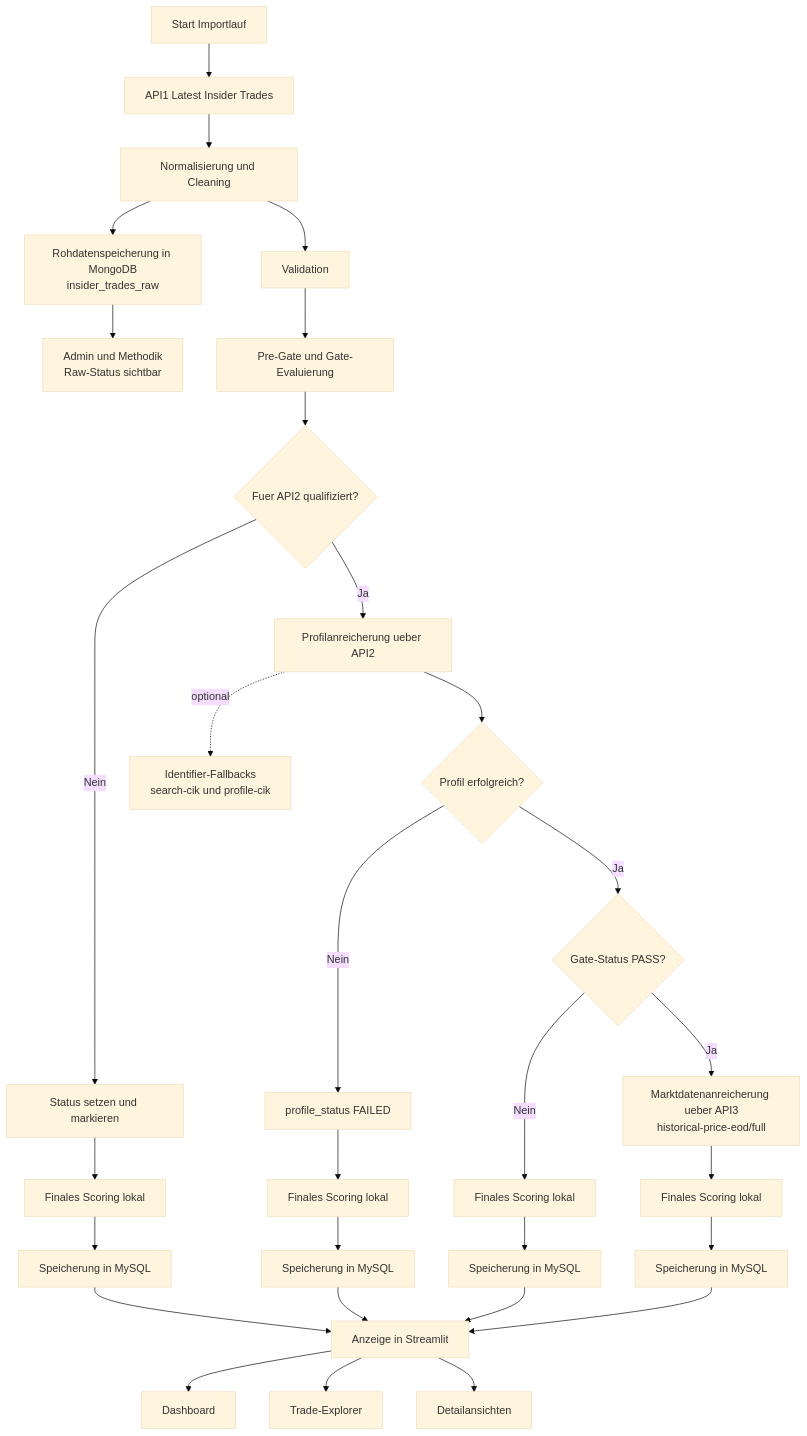
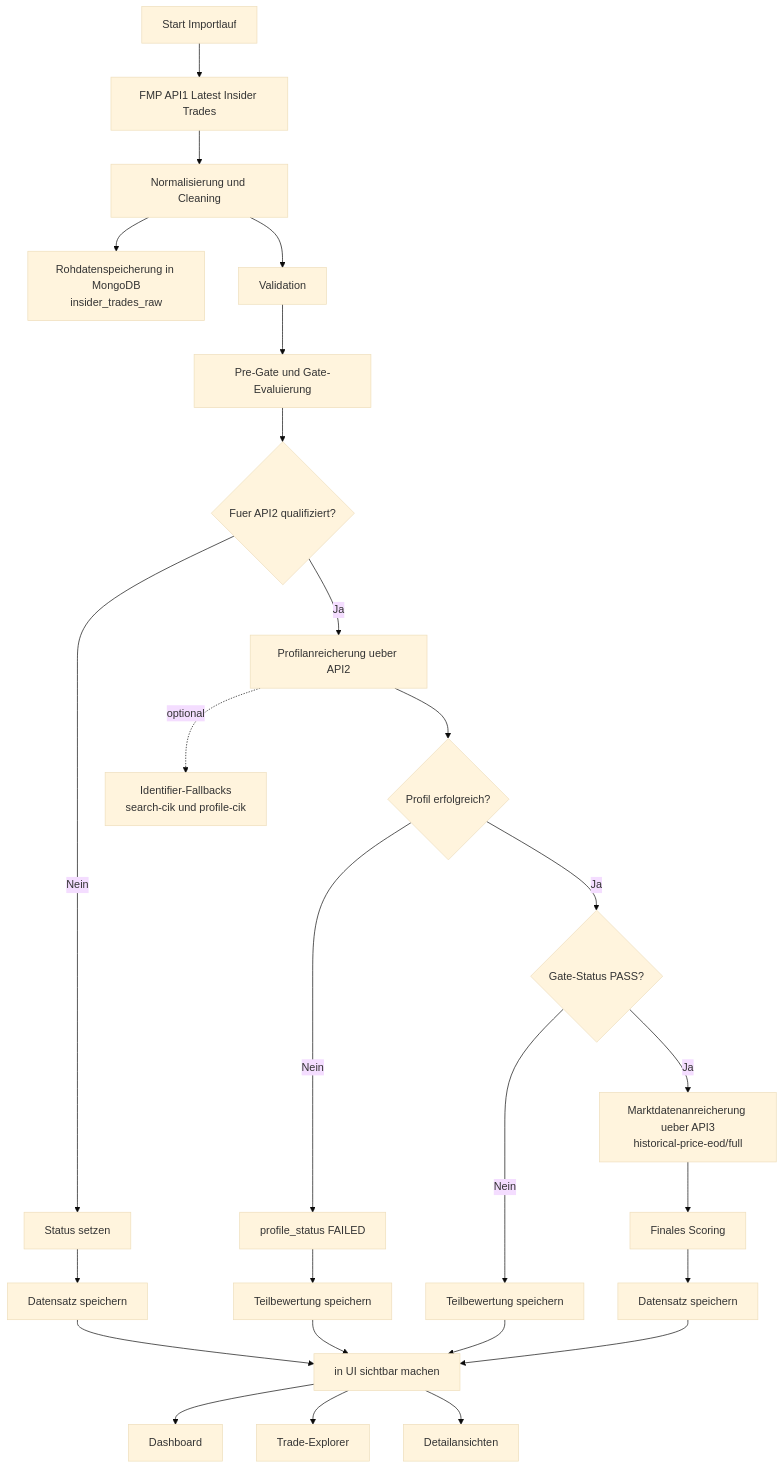
One commit to JoFitTech/mercator changed the diagram in docs/report_assets/diagrams/mercator_pipeline.mmd. Above: the diagram before and after it, drawn with Mermaid (base theme). The commit also changed other lines of this file and 3 other files, not shown here.

Commit message:
Mermaid update v1

```diff
--- a/docs/report_assets/diagrams/mercator_pipeline.mmd
+++ b/docs/report_assets/diagrams/mercator_pipeline.mmd
@@ -1,39 +1,34 @@
 flowchart TB
-    START[Start Importlauf] --> API1[API1 Latest Insider Trades]
+    START[Start Importlauf] --> API1[FMP API1 Latest Insider Trades]
     API1 --> NORM[Normalisierung und Cleaning]
     NORM --> RAW[Rohdatenspeicherung in MongoDB<br/>insider_trades_raw]
     NORM --> VAL[Validation]
     VAL --> PRE[Pre-Gate und Gate-Evaluierung]
 
     PRE --> GQ{Fuer API2 qualifiziert?}
 
-    GQ -- Nein --> NOAPI2[Status setzen und markieren]
-    NOAPI2 --> SCORE_NO[Finales Scoring lokal]
-    SCORE_NO --> UPSERT_NO[Speicherung in MySQL]
+    GQ -- Nein --> NOAPI2[Status setzen]
+    NOAPI2 --> UPSERT_NO[Datensatz speichern]
 
     GQ -- Ja --> API2[Profilanreicherung ueber API2]
     API2 -. optional .-> FB[Identifier-Fallbacks<br/>search-cik und profile-cik]
     API2 --> PROF{Profil erfolgreich?}
 
     PROF -- Nein --> PROF_FAIL[profile_status FAILED]
-    PROF_FAIL --> SCORE_FAIL[Finales Scoring lokal]
-    SCORE_FAIL --> UPSERT_FAIL[Speicherung in MySQL]
+    PROF_FAIL --> UPSERT_FAIL[Teilbewertung speichern]
 
     PROF -- Ja --> GPASS{Gate-Status PASS?}
-    GPASS -- Nein --> SCORE_OK[Finales Scoring lokal]
-    SCORE_OK --> UPSERT_OK[Speicherung in MySQL]
+    GPASS -- Nein --> UPSERT_OK[Teilbewertung speichern]
 
     GPASS -- Ja --> API3[Marktdatenanreicherung ueber API3<br/>historical-price-eod/full]
-    API3 --> SCORE_API3[Finales Scoring lokal]
-    SCORE_API3 --> UPSERT_API3[Speicherung in MySQL]
+    API3 --> SCORE_API3[Finales Scoring]
+    SCORE_API3 --> UPSERT_API3[Datensatz speichern]
 
-    UPSERT_NO --> UI[Anzeige in Streamlit]
+    UPSERT_NO --> UI[in UI sichtbar machen]
     UPSERT_FAIL --> UI
     UPSERT_OK --> UI
     UPSERT_API3 --> UI
 
     UI --> DASH[Dashboard]
     UI --> EXP[Trade-Explorer]
     UI --> DET[Detailansichten]
-
-    RAW --> ADMIN[Admin und Methodik<br/>Raw-Status sichtbar]
```
